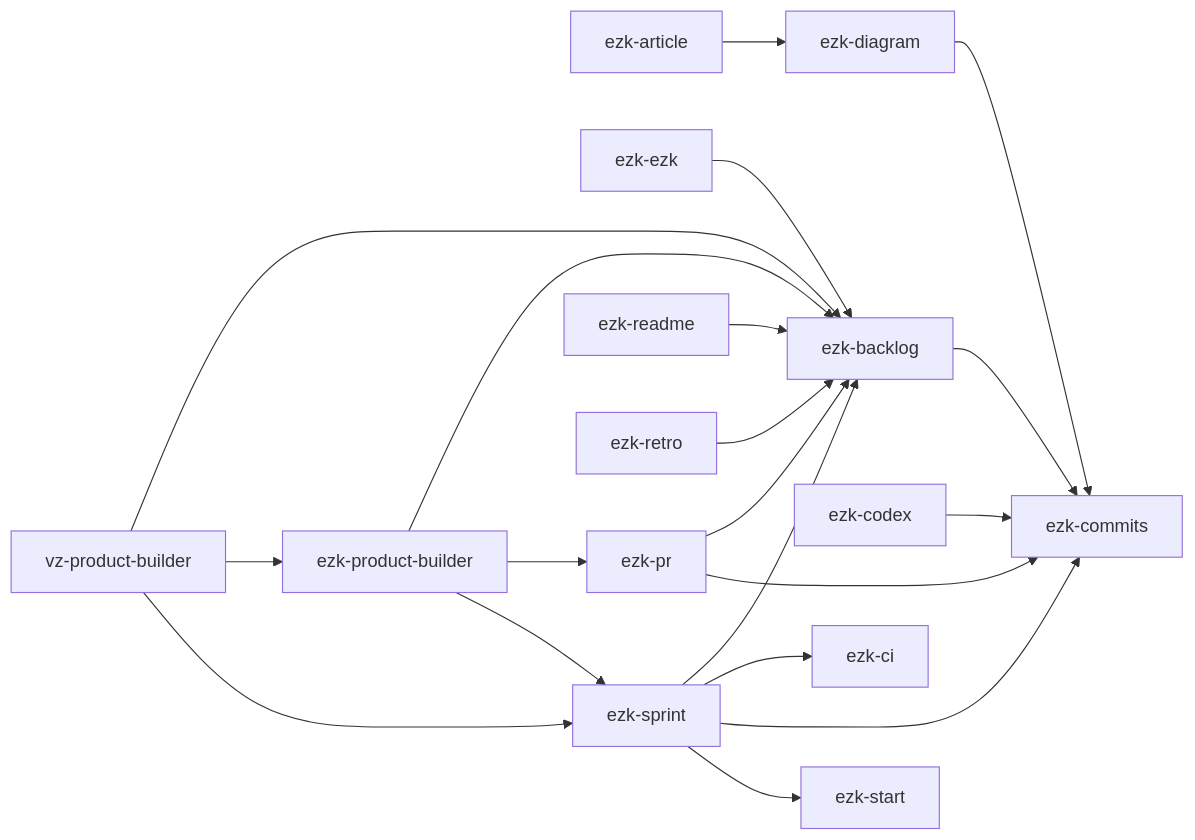
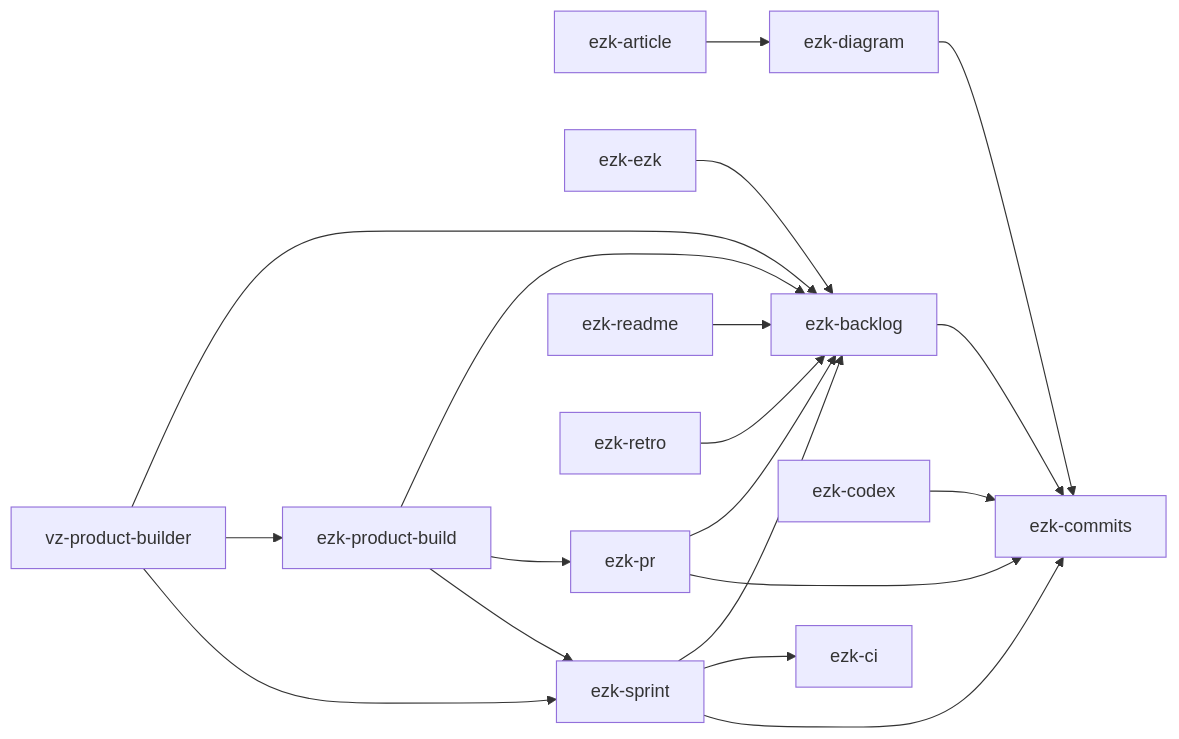
Before and after one commit to elzinko/vectorz: the diagram in products/mega-city/skills/README.md, drawn with Mermaid. The commit also changed other lines of this file and 164 other files, not shown here.

````diff
--- a/products/mega-city/skills/README.md
+++ b/products/mega-city/skills/README.md
@@ -50,22 +49,21 @@
 ```mermaid
 flowchart LR
     ezk-article --> ezk-diagram
     ezk-backlog --> ezk-commits
     ezk-codex --> ezk-commits
     ezk-diagram --> ezk-commits
     ezk-ezk --> ezk-backlog
     ezk-pr --> ezk-backlog
     ezk-pr --> ezk-commits
-    ezk-product-builder --> ezk-backlog
-    ezk-product-builder --> ezk-pr
-    ezk-product-builder --> ezk-sprint
+    ezk-product-build --> ezk-backlog
+    ezk-product-build --> ezk-pr
+    ezk-product-build --> ezk-sprint
     ezk-readme --> ezk-backlog
     ezk-retro --> ezk-backlog
     ezk-sprint --> ezk-backlog
     ezk-sprint --> ezk-ci
     ezk-sprint --> ezk-commits
-    ezk-sprint --> ezk-start
     vz-product-builder --> ezk-backlog
-    vz-product-builder --> ezk-product-builder
+    vz-product-builder --> ezk-product-build
     vz-product-builder --> ezk-sprint
 ```
````
